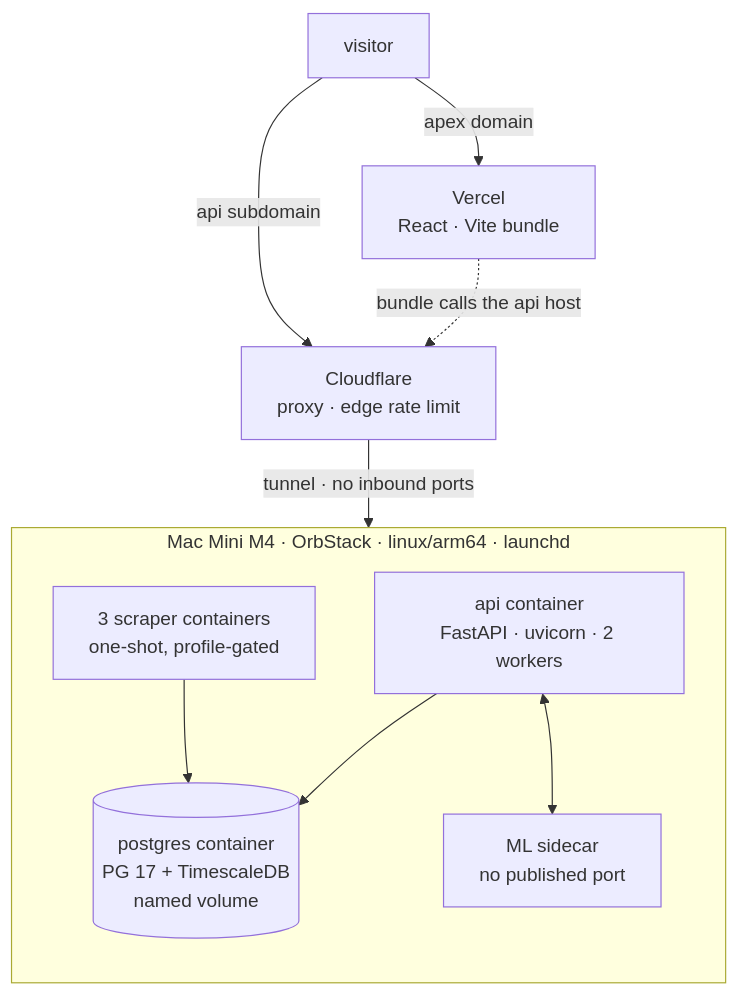
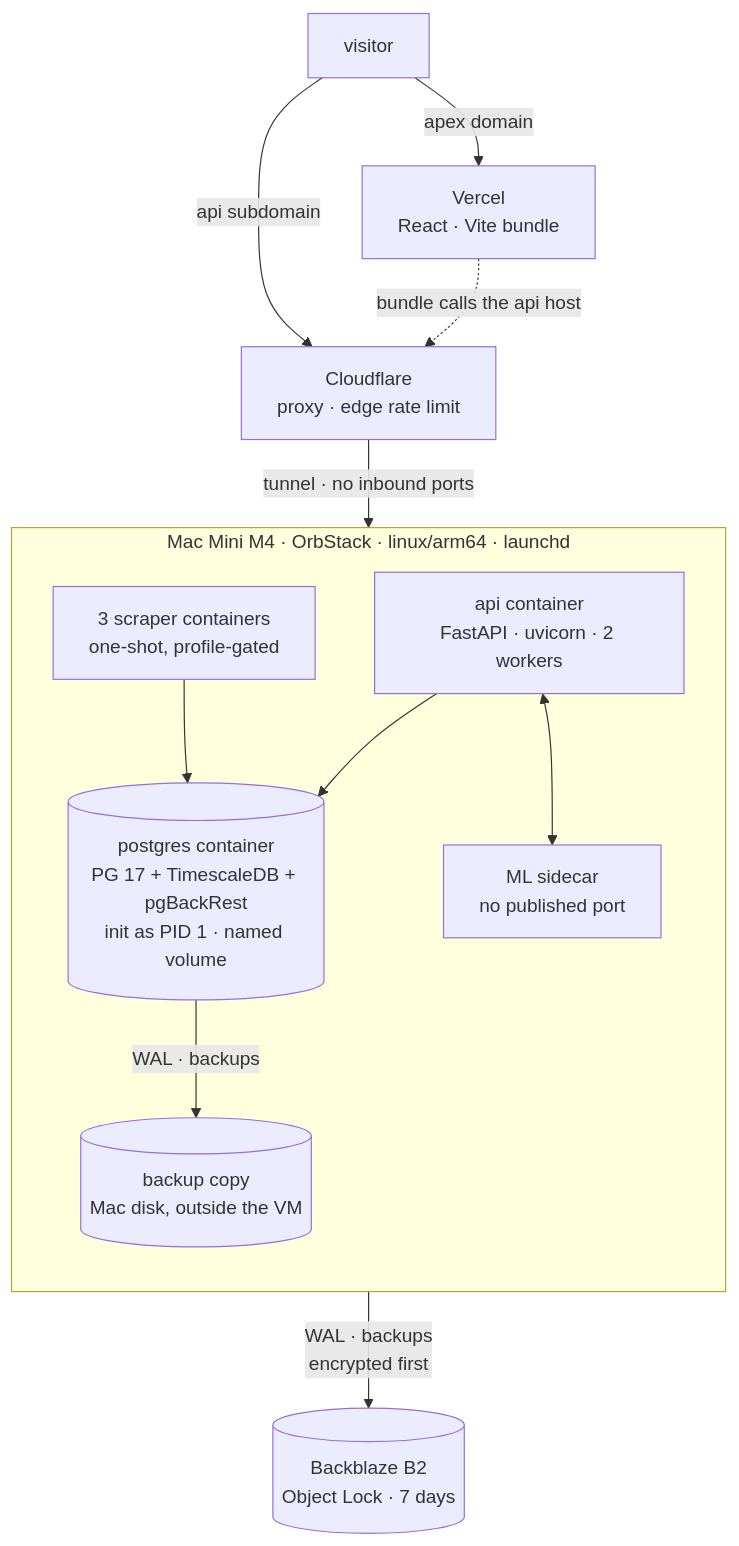
One commit to klauslila/skaisearch-showcase changed the first of 9 diagrams in README.md. Above: the diagram before and after it, drawn with Mermaid. The commit also changed other lines of this file, not shown here.

Commit message:
README: backups (pgBackRest to the Mac and B2), the PID-1 story, the free-tier incident

````diff
--- a/README.md
+++ b/README.md
@@ -49,18 +49,21 @@
 ```mermaid
 flowchart TB
   V["visitor"]
   V -->|"apex domain"| VER["Vercel<br/>React · Vite bundle"]
   V -->|"api subdomain"| CFL["Cloudflare<br/>proxy · edge rate limit"]
   VER -.->|"bundle calls the api host"| CFL
   CFL -->|"tunnel · no inbound ports"| API
   subgraph MM["Mac Mini M4 · OrbStack · linux/arm64 · launchd"]
     direction TB
     API["api container<br/>FastAPI · uvicorn · 2 workers"]
-    PGX[("postgres container<br/>PG 17 + TimescaleDB<br/>named volume")]
+    PGX[("postgres container<br/>PG 17 + TimescaleDB + pgBackRest<br/>init as PID 1 · named volume")]
     FPX["ML sidecar<br/>no published port"]
     SCX["3 scraper containers<br/>one-shot, profile-gated"]
+    R1[("backup copy<br/>Mac disk, outside the VM")]
     API --> PGX
     API <--> FPX
     SCX --> PGX
+    PGX -->|"WAL · backups"| R1
   end
+  PGX -->|"WAL · backups<br/>encrypted first"| B2[("Backblaze B2<br/>Object Lock · 7 days")]
 ```
````
